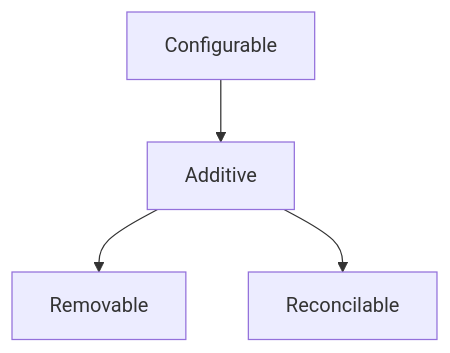
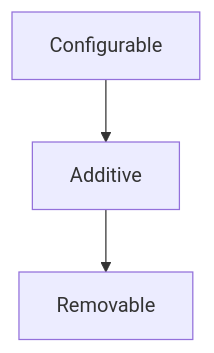
The first of 2 diagrams in docs/design/config-store-design/config-store-design.md (NVIDIA/bare-metal-manager-core), drawn with Mermaid before and after one commit. The commit also changed other lines of this file, not shown here.

````diff
--- a/docs/design/config-store-design/config-store-design.md
+++ b/docs/design/config-store-design/config-store-design.md
@@ -87,6 +86,5 @@
 ```mermaid
 graph TD
     Configurable --> Additive
     Additive --> Removable
-    Additive --> Reconcilable
 ```
````
